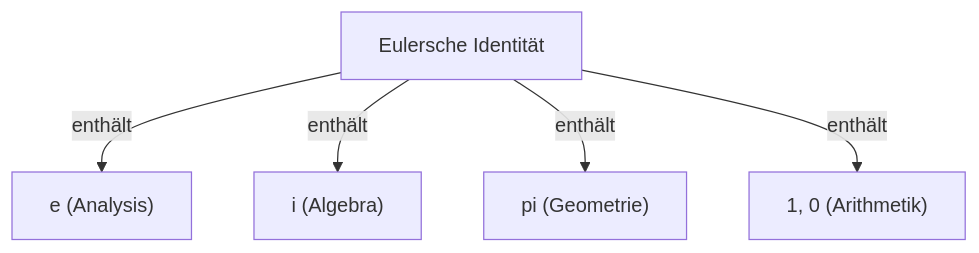
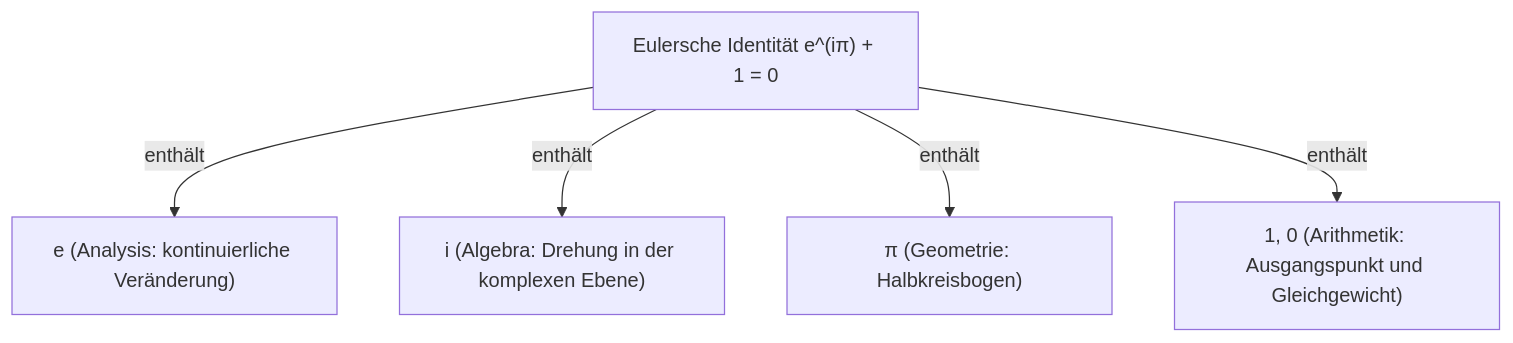
One commit to kenjinote/blog changed the diagram in content/post/eulers-identity/index.de.md. Above: the diagram before and after it, drawn with Mermaid. The commit also changed other lines of this file and 7 other files, not shown here.

````diff
--- a/content/post/eulers-identity/index.de.md
+++ b/content/post/eulers-identity/index.de.md
@@ -31,7 +142,7 @@
 ```mermaid
 graph TD
-    A["Eulersche Identität"] -->|"enthält"| B["e (Analysis)"]
-    A -->|"enthält"| C["i (Algebra)"]
-    A -->|"enthält"| D["pi (Geometrie)"]
-    A -->|"enthält"| E["1, 0 (Arithmetik)"]
+    A["Eulersche Identität e^(iπ) + 1 = 0"] -->|"enthält"| B["e (Analysis: kontinuierliche Veränderung)"]
+    A -->|"enthält"| C["i (Algebra: Drehung in der komplexen Ebene)"]
+    A -->|"enthält"| D["π (Geometrie: Halbkreisbogen)"]
+    A -->|"enthält"| E["1, 0 (Arithmetik: Ausgangspunkt und Gleichgewicht)"]
 ```
````
